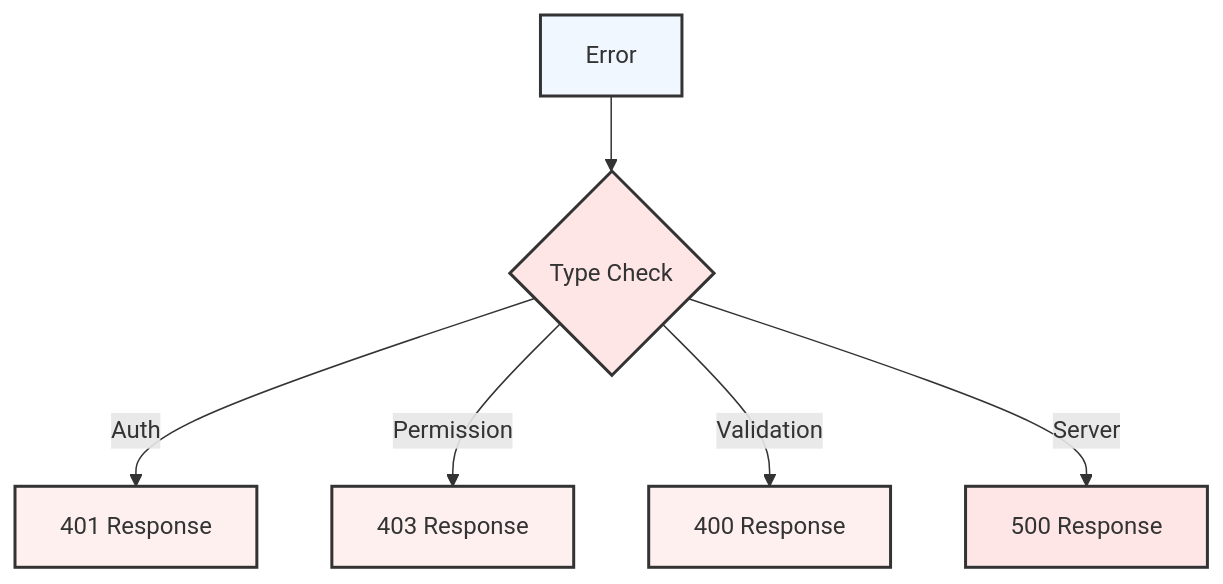
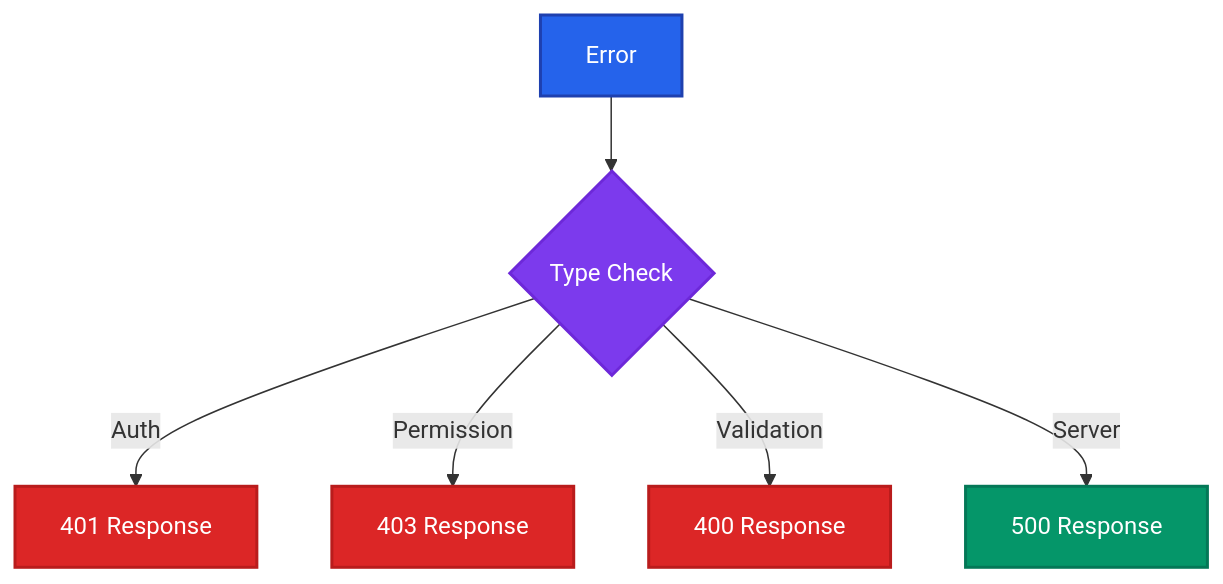
The tenth of 10 diagrams in docs/API.md (kafle1/timetablepro), drawn with Mermaid before and after one commit. The commit also changed other lines of this file and 1 other file, not shown here.

Commit message:
docs: Update diagrams with strong, accessible color scheme

````diff
--- a/docs/API.md
+++ b/docs/API.md
@@ -406,18 +425,19 @@
 ```mermaid
 graph TB
     A[Error] --> B{Type Check}
     B -->|Auth| C[401 Response]
     B -->|Permission| D[403 Response]
     B -->|Validation| E[400 Response]
     B -->|Server| F[500 Response]
 
-    classDef default fill:#f0f7ff,stroke:#333,stroke-width:2px
-    classDef check fill:#ffe6e6,stroke:#333,stroke-width:2px
-    classDef client fill:#fff0f0,stroke:#333,stroke-width:2px
-    classDef server fill:#ffe6e6,stroke:#333,stroke-width:2px
+    %% Strong, accessible colors
+    classDef default fill:#2563eb,color:#ffffff,stroke:#1e40af,stroke-width:2px
+    classDef check fill:#7c3aed,color:#ffffff,stroke:#6d28d9,stroke-width:2px
+    classDef client fill:#dc2626,color:#ffffff,stroke:#b91c1c,stroke-width:2px
+    classDef server fill:#059669,color:#ffffff,stroke:#047857,stroke-width:2px
 
     class A default
     class B check
     class C,D,E client
     class F server
 ``` 
````
